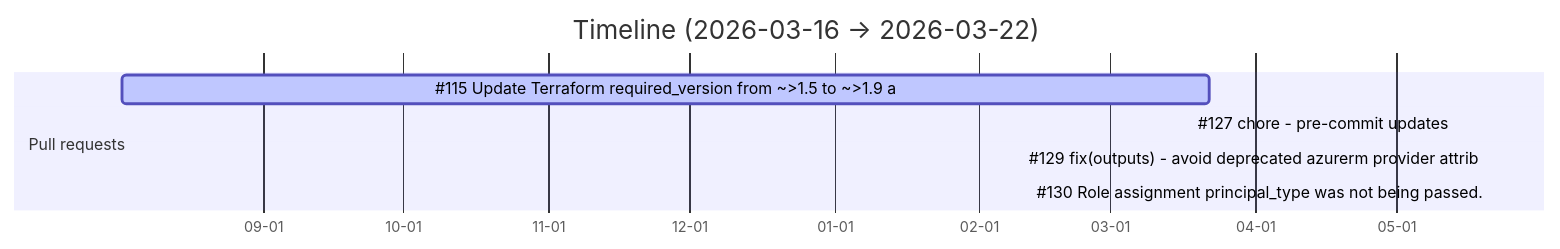
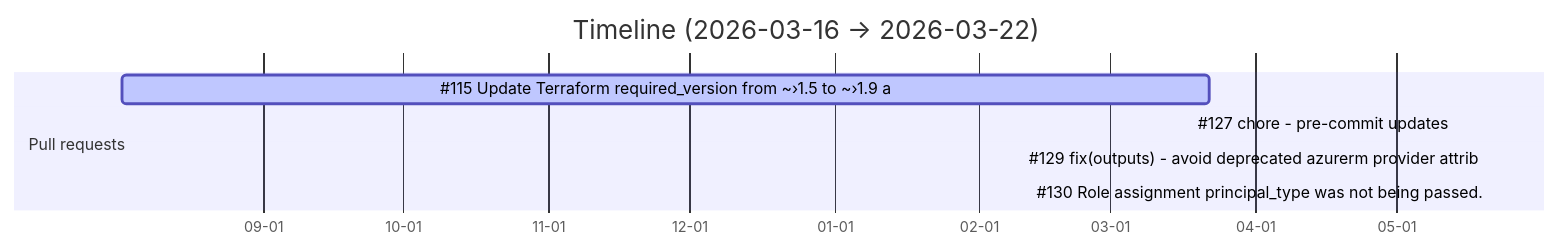
One commit to DamianFlynn/experiments changed diagram 18 of 22 in .claude/skills/activity-overview/samples/avm-tf-aiml-lz-digest.md. Above: the diagram before and after it, drawn with Mermaid. The commit also changed other lines of this file and 16 other files, not shown here.

First line of the commit message:
activity-overview: fix the derived-facts and diagram findings of the fresh review

````diff
--- a/.claude/skills/activity-overview/samples/avm-tf-aiml-lz-digest.md
+++ b/.claude/skills/activity-overview/samples/avm-tf-aiml-lz-digest.md
@@ -564,11 +564,11 @@
 ```mermaid
 gantt
     title Timeline (2026-03-16 → 2026-03-22)
     dateFormat YYYY-MM-DD
     axisFormat %m-%d
     section Pull requests
-    #115 Update Terraform required_version from ~>1.5 to ~>1.9 a :active, 2025-08-02, 2026-03-22
+    #115 Update Terraform required_version from ~›1.5 to ~›1.9 a :active, 2025-08-02, 2026-03-22
     #127 chore - pre-commit updates :done, 2026-03-18, 2026-03-18
     #129 fix(outputs) - avoid deprecated azurerm provider attrib :active, 2026-05-20, 2026-05-20
     #130 Role assignment principal_type was not being passed. :active, 2026-05-21, 2026-05-21
 ```
````
